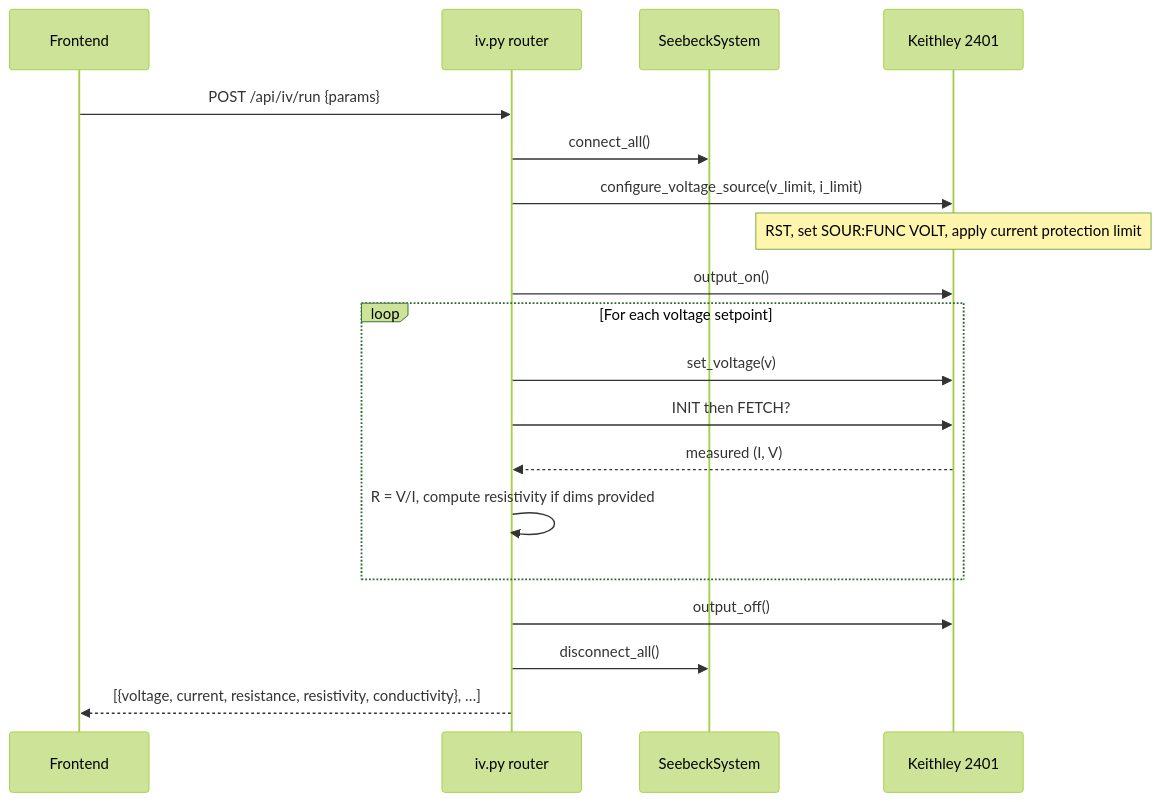
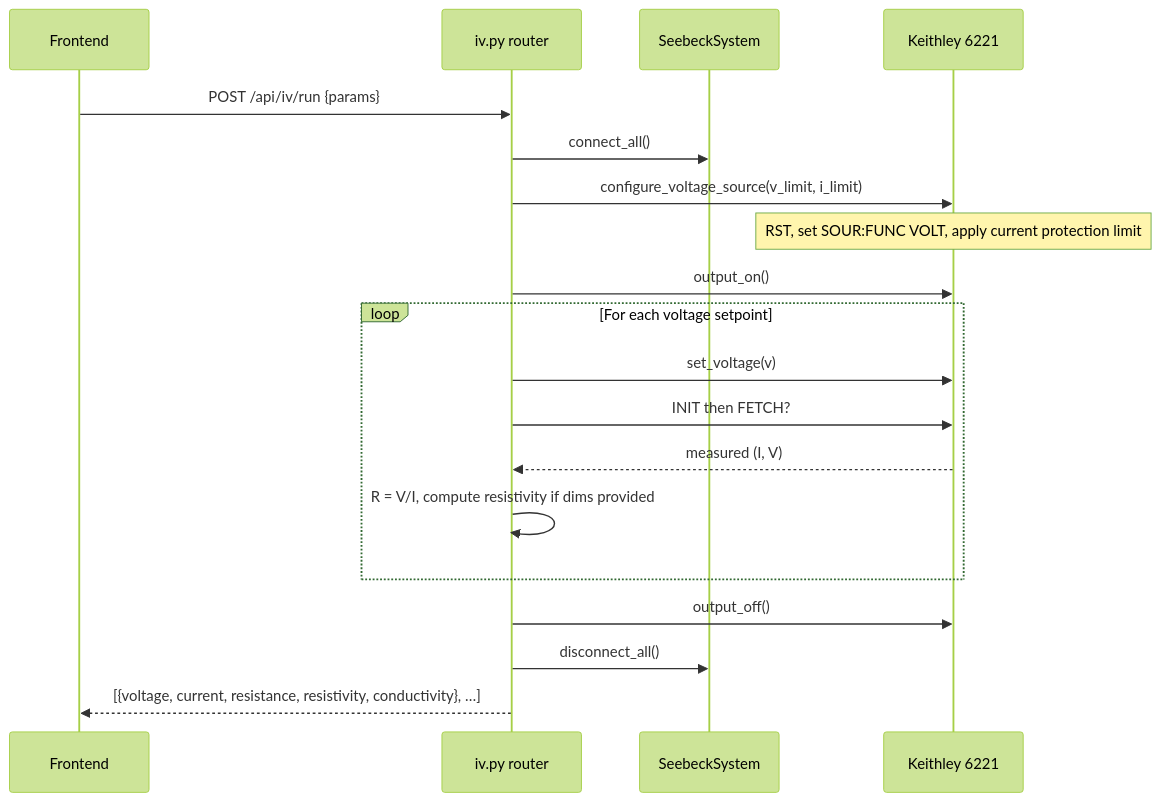
One commit to srinikhil25/V1_TE_measurements changed the sixth of 11 diagrams in docs/ARCHITECTURE.md. Above: the diagram before and after it, drawn with Mermaid (forest theme). The commit also changed other lines of this file and 22 other files, not shown here.

````diff
--- a/docs/ARCHITECTURE.md
+++ b/docs/ARCHITECTURE.md
@@ -388,24 +388,24 @@
 ```mermaid
 sequenceDiagram
     participant FE as Frontend
     participant IV as iv.py router
     participant SYS as SeebeckSystem
-    participant K2401 as Keithley 2401
+    participant K6221 as Keithley 6221
 
     FE->>IV: POST /api/iv/run {params}
     IV->>SYS: connect_all()
-    IV->>K2401: configure_voltage_source(v_limit, i_limit)
-    Note over K2401: RST, set SOUR:FUNC VOLT, apply current protection limit
-    IV->>K2401: output_on()
+    IV->>K6221: configure_voltage_source(v_limit, i_limit)
+    Note over K6221: RST, set SOUR:FUNC VOLT, apply current protection limit
+    IV->>K6221: output_on()
 
     loop For each voltage setpoint
-        IV->>K2401: set_voltage(v)
-        IV->>K2401: INIT then FETCH?
-        K2401-->>IV: measured (I, V)
+        IV->>K6221: set_voltage(v)
+        IV->>K6221: INIT then FETCH?
+        K6221-->>IV: measured (I, V)
         IV->>IV: R = V/I, compute resistivity if dims provided
     end
 
-    IV->>K2401: output_off()
+    IV->>K6221: output_off()
     IV->>SYS: disconnect_all()
     IV-->>FE: [{voltage, current, resistance, resistivity, conductivity}, …]
 ```
````
